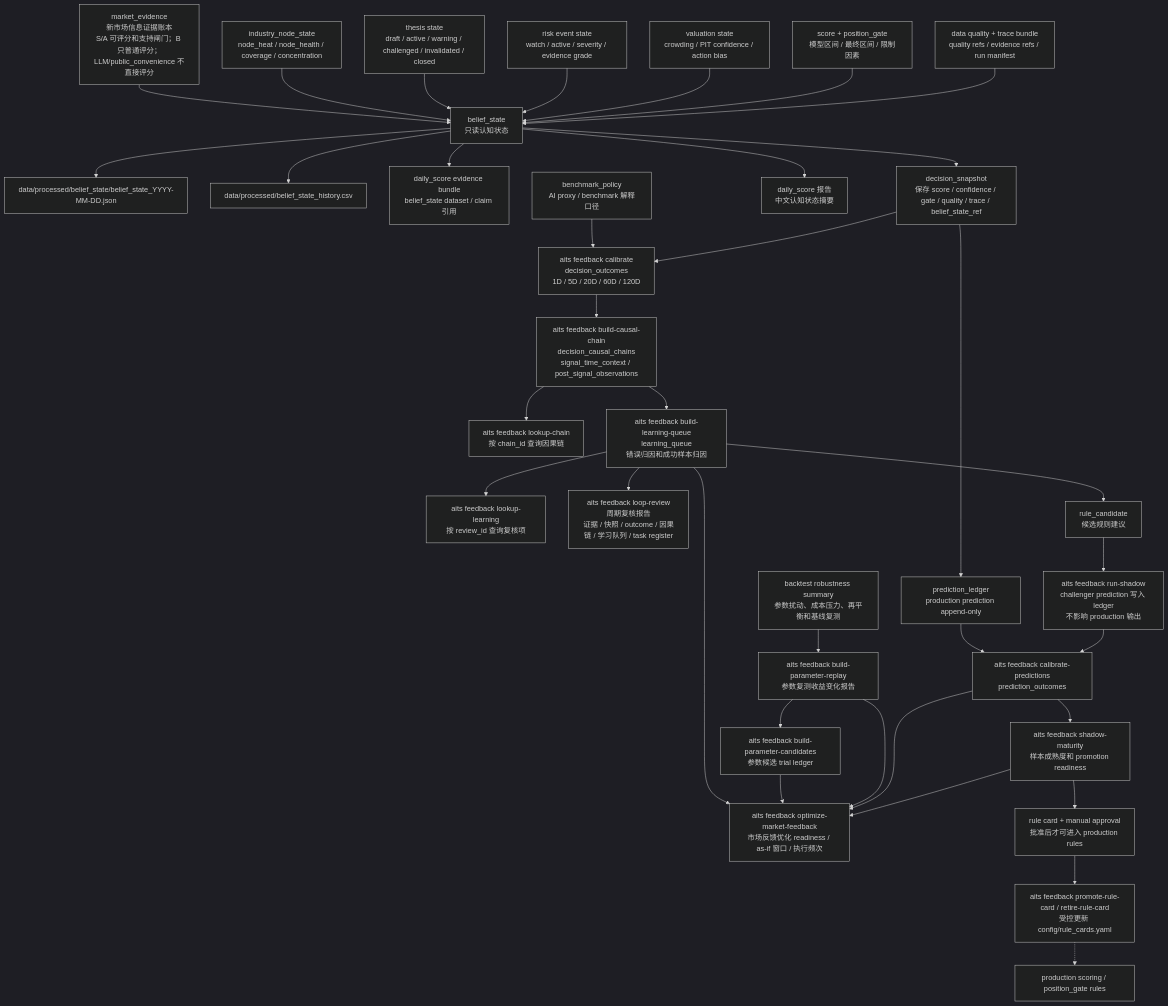
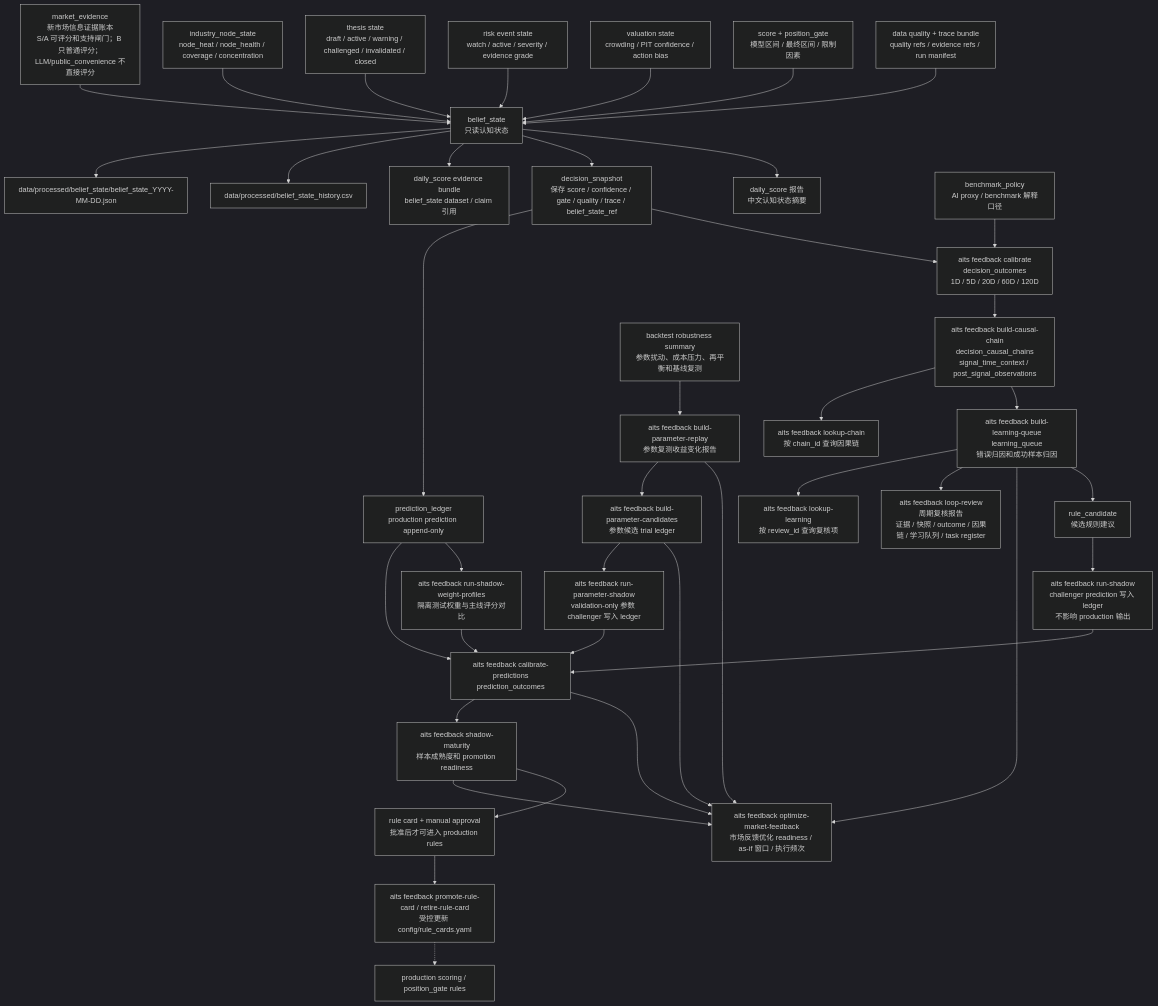
One commit to AI-Trading-Collaboration/AITradingSystem changed the fifth of 6 diagrams in docs/system_flow.md. Above: the diagram before and after it, drawn with Mermaid (dark theme). The commit also changed other lines of this file and 15 other files, not shown here.

Commit message:
Add calibration validation and shadow weight profile flows

````diff
--- a/docs/system_flow.md
+++ b/docs/system_flow.md
@@ -1062,41 +1073,45 @@
 ```mermaid
 flowchart TD
     E0["market_evidence<br/>新市场信息证据账本<br/>S/A 可评分和支持闸门；B 只普通评分；LLM/public_convenience 不直接评分"] --> B0["belief_state<br/>只读认知状态"]
     C0["industry_node_state<br/>node_heat / node_health / coverage / concentration"] --> B0
     T0["thesis state<br/>draft / active / warning / challenged / invalidated / closed"] --> B0
     R0["risk event state<br/>watch / active / severity / evidence grade"] --> B0
     V0["valuation state<br/>crowding / PIT confidence / action bias"] --> B0
     S0["score + position_gate<br/>模型区间 / 最终区间 / 限制因素"] --> B0
     Q0["data quality + trace bundle<br/>quality refs / evidence refs / run manifest"] --> B0
 
     B0 --> B1["data/processed/belief_state/belief_state_YYYY-MM-DD.json"]
     B0 --> B2["data/processed/belief_state_history.csv"]
     B0 --> B3["daily_score evidence bundle<br/>belief_state dataset / claim 引用"]
     B0 --> D0["decision_snapshot<br/>保存 score / confidence / gate / quality / trace / belief_state_ref"]
     D0 --> PL0["prediction_ledger<br/>production prediction append-only"]
     B0 --> RPT["daily_score 报告<br/>中文认知状态摘要"]
 
     BPX["benchmark_policy<br/>AI proxy / benchmark 解释口径"] --> O0
     D0 --> O0["aits feedback calibrate<br/>decision_outcomes<br/>1D / 5D / 20D / 60D / 120D"]
     PL0 --> PO0["aits feedback calibrate-predictions<br/>prediction_outcomes"]
     O0 --> CA0["aits feedback build-causal-chain<br/>decision_causal_chains<br/>signal_time_context / post_signal_observations"]
     CA0 --> CAQ["aits feedback lookup-chain<br/>按 chain_id 查询因果链"]
     CA0 --> L0["aits feedback build-learning-queue<br/>learning_queue<br/>错误归因和成功样本归因"]
     L0 --> LQ["aits feedback lookup-learning<br/>按 review_id 查询复核项"]
     L0 --> LR0["aits feedback loop-review<br/>周期复核报告<br/>证据 / 快照 / outcome / 因果链 / 学习队列 / task register"]
     L0 --> MFO0["aits feedback optimize-market-feedback<br/>市场反馈优化 readiness / as-if 窗口 / 执行频次"]
     BR0["backtest robustness summary<br/>参数扰动、成本压力、再平衡和基线复测"] --> PR0["aits feedback build-parameter-replay<br/>参数复测收益变化报告"]
     PR0 --> PC0["aits feedback build-parameter-candidates<br/>参数候选 trial ledger"]
+    PC0 --> PS0["aits feedback run-parameter-shadow<br/>validation-only 参数 challenger 写入 ledger"]
+    PS0 --> PO0
+    PL0 --> SWP0["aits feedback run-shadow-weight-profiles<br/>隔离测试权重与主线评分对比"]
+    SWP0 --> PO0
     PC0 --> MFO0
     PR0 --> MFO0
     L0 --> RC0["rule_candidate<br/>候选规则建议"]
     RC0 --> SH0["aits feedback run-shadow<br/>challenger prediction 写入 ledger<br/>不影响 production 输出"]
     SH0 --> PO0
     PO0 --> SM0["aits feedback shadow-maturity<br/>样本成熟度和 promotion readiness"]
     PO0 --> MFO0
     SM0 --> MFO0
     SM0 --> GOV0["rule card + manual approval<br/>批准后才可进入 production rules"]
     GOV0 --> GOV1["aits feedback promote-rule-card / retire-rule-card<br/>受控更新 config/rule_cards.yaml"]
 
     GOV1 -.-> PROD0["production scoring / position_gate rules"]
 ```
````
